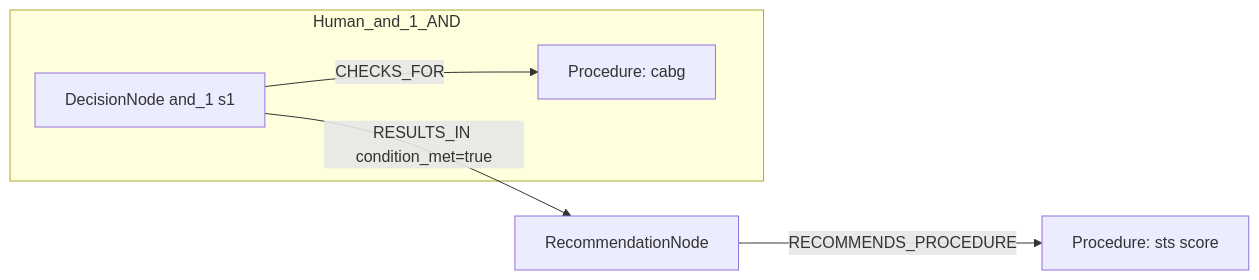
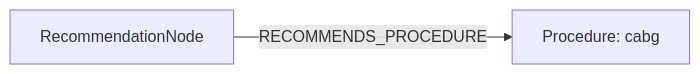
The first of 2 diagrams in docs/table22_rows_comparison/row_14.md (dieterich-lab/CardioGuidelinesGraph), drawn with Mermaid before and after one commit. The commit also changed other lines of this file and 20 other files, not shown here.

````diff
--- a/docs/table22_rows_comparison/row_14.md
+++ b/docs/table22_rows_comparison/row_14.md
@@ -193,12 +209,6 @@
 ```mermaid
 graph LR
   REC[RecommendationNode]
-  ACT1[Procedure: sts score]
+  ACT1[Procedure: cabg]
   REC -->|RECOMMENDS_PROCEDURE| ACT1
-  subgraph Human_and_1_AND
-    D_and_1_1[DecisionNode and_1 s1]
-    C_and_1_1[Procedure: cabg]
-    D_and_1_1 -->|CHECKS_FOR| C_and_1_1
-  end
-  D_and_1_1 -->|RESULTS_IN condition_met=true| REC
 ```
````
